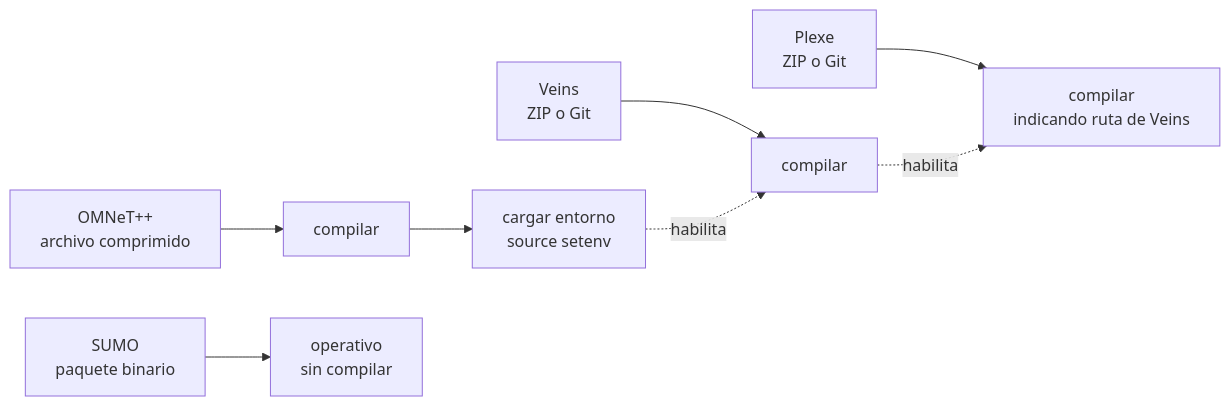
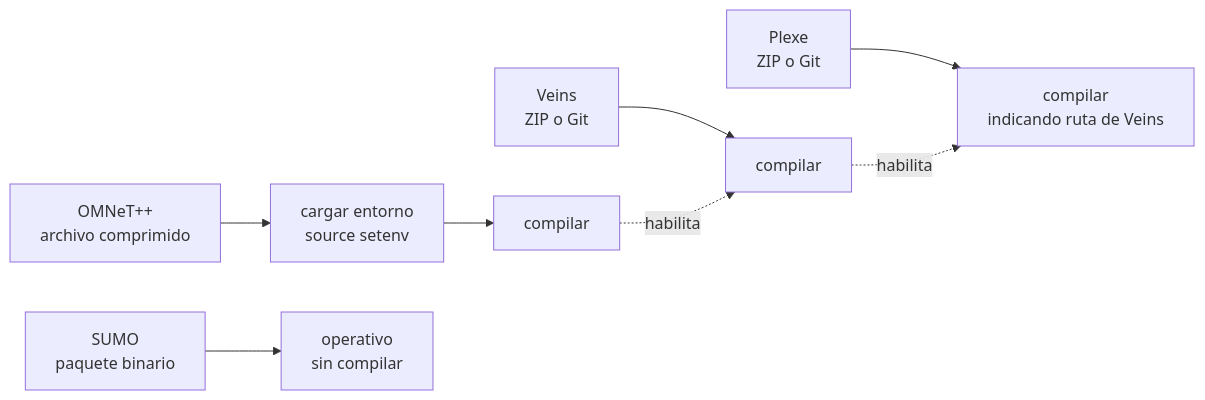
Before and after one commit to VictorJaqueA1/plexe-manual-victor-jaque: the second of 2 diagrams in docs/instalacion.md, drawn with Mermaid. The commit also changed other lines of this file and 7 other files, not shown here.

````diff
--- a/docs/instalacion.md
+++ b/docs/instalacion.md
@@ -117,9 +117,9 @@
 ```mermaid
 flowchart LR
-    A1["OMNeT++<br/>archivo comprimido"] --> A2["compilar"] --> A3["cargar entorno<br/>source setenv"]
+    A1["OMNeT++<br/>archivo comprimido"] --> A2["cargar entorno<br/>source setenv"] --> A3["compilar"]
     B1["Veins<br/>ZIP o Git"] --> B2["compilar"]
     C1["Plexe<br/>ZIP o Git"] --> C2["compilar<br/>indicando ruta de Veins"]
     D1["SUMO<br/>paquete binario"] --> D2["operativo<br/>sin compilar"]
     A3 -.->|"habilita"| B2
     B2 -.->|"habilita"| C2
 ```
````
